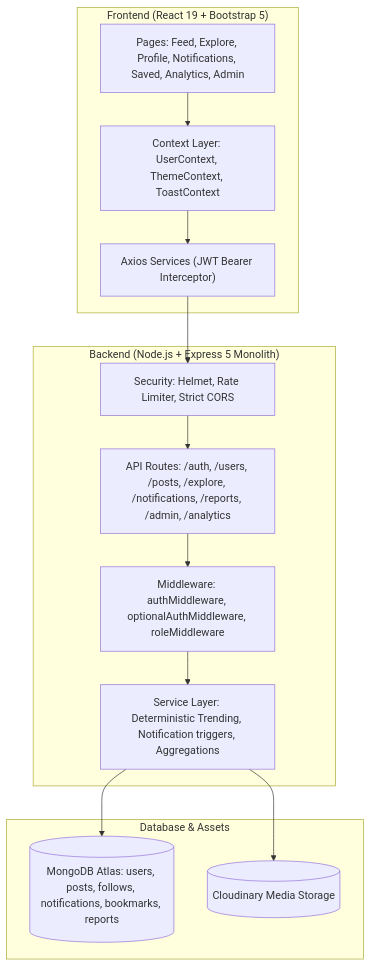
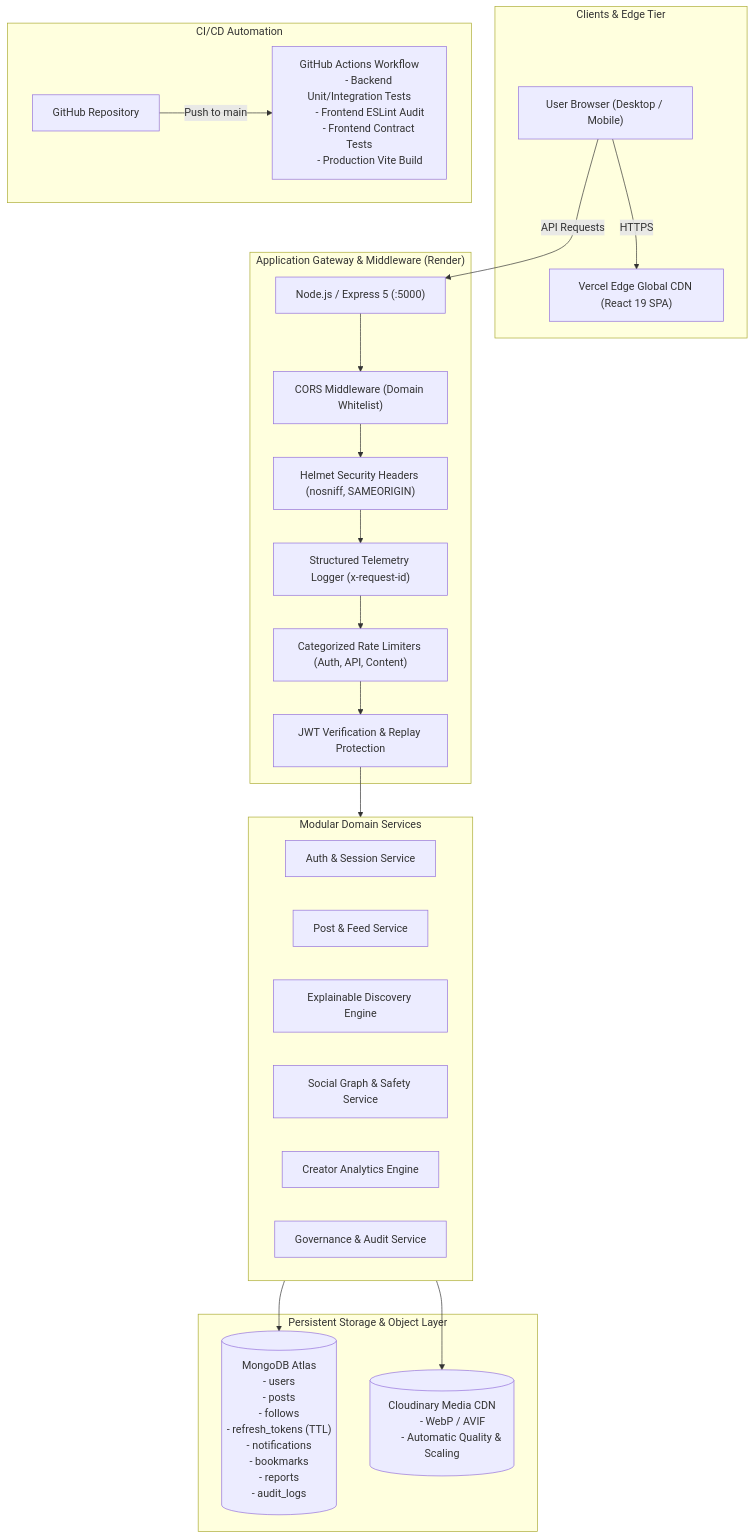
The diagram in README.md (naina766/PostDashboardApp), drawn with Mermaid before and after one commit. The commit also changed other lines of this file and 14 other files, not shown here.

Commit message:
docs(prod): add production runbooks, security checklist, deployment guide, and portfolio presentation

````diff
--- a/README.md
+++ b/README.md
@@ -97,29 +32,57 @@
 ```mermaid
 flowchart TD
-    subgraph Client["Frontend (React 19 + Bootstrap 5)"]
-        UI["Pages: Feed, Explore, Profile, Notifications, Saved, Analytics, Admin"]
-        Context["Context Layer: UserContext, ThemeContext, ToastContext"]
-        Services["Axios Services (JWT Bearer Interceptor)"]
+    subgraph Clients["Clients & Edge Tier"]
+        Browser["User Browser (Desktop / Mobile)"]
+        VercelCDN["Vercel Edge Global CDN (React 19 SPA)"]
     end
 
-    subgraph Server["Backend (Node.js + Express 5 Monolith)"]
-        Security["Security: Helmet, Rate Limiter, Strict CORS"]
-        Routes["API Routes: /auth, /users, /posts, /explore, /notifications, /reports, /admin, /analytics"]
-        AuthMW["Middleware: authMiddleware, optionalAuthMiddleware, roleMiddleware"]
-        ServicesBackend["Service Layer: Deterministic Trending, Notification triggers, Aggregations"]
+    subgraph API["Application Gateway & Middleware (Render)"]
+        ReverseProxy["Node.js / Express 5 (:5000)"]
+        CorsMW["CORS Middleware (Domain Whitelist)"]
+        HelmetMW["Helmet Security Headers (nosniff, SAMEORIGIN)"]
+        LoggerMW["Structured Telemetry Logger (x-request-id)"]
+        RateLimitMW["Categorized Rate Limiters (Auth, API, Content)"]
+        AuthMW["JWT Verification & Replay Protection"]
     end
 
-    subgraph Storage["Database & Assets"]
-        Mongo[("MongoDB Atlas: users, posts, follows, notifications, bookmarks, reports")]
-        Cloudinary[("Cloudinary Media Storage")]
+    subgraph Services["Modular Domain Services"]
+        AuthService["Auth & Session Service"]
+        PostService["Post & Feed Service"]
+        ExploreService["Explainable Discovery Engine"]
+        UserService["Social Graph & Safety Service"]
+        AnalyticsService["Creator Analytics Engine"]
+        AdminService["Governance & Audit Service"]
     end
 
-    UI --> Context
-    Context --> Services
-    Services --> Security
-    Security --> Routes
-    Routes --> AuthMW
-    AuthMW --> ServicesBackend
-    ServicesBackend --> Mongo
-    ServicesBackend --> Cloudinary
+    subgraph Storage["Persistent Storage & Object Layer"]
+        MongoAtlas[("MongoDB Atlas
+        - users
+        - posts
+        - follows
+        - refresh_tokens (TTL)
+        - notifications
+        - bookmarks
+        - reports
+        - audit_logs")]
+        CloudinaryCDN[("Cloudinary Media CDN
+        - WebP / AVIF
+        - Automatic Quality & Scaling")]
+    end
+
+    subgraph DevOps["CI/CD Automation"]
+        GitHub["GitHub Repository"]
+        Actions["GitHub Actions Workflow
+        - Backend Unit/Integration Tests
+        - Frontend ESLint Audit
+        - Frontend Contract Tests
+        - Production Vite Build"]
+    end
+
+    Browser -->|HTTPS| VercelCDN
+    Browser -->|API Requests| ReverseProxy
+    ReverseProxy --> CorsMW --> HelmetMW --> LoggerMW --> RateLimitMW --> AuthMW
+    AuthMW --> Services
+    Services --> MongoAtlas
+    Services --> CloudinaryCDN
+    GitHub -->|Push to main| Actions
 ```
````
